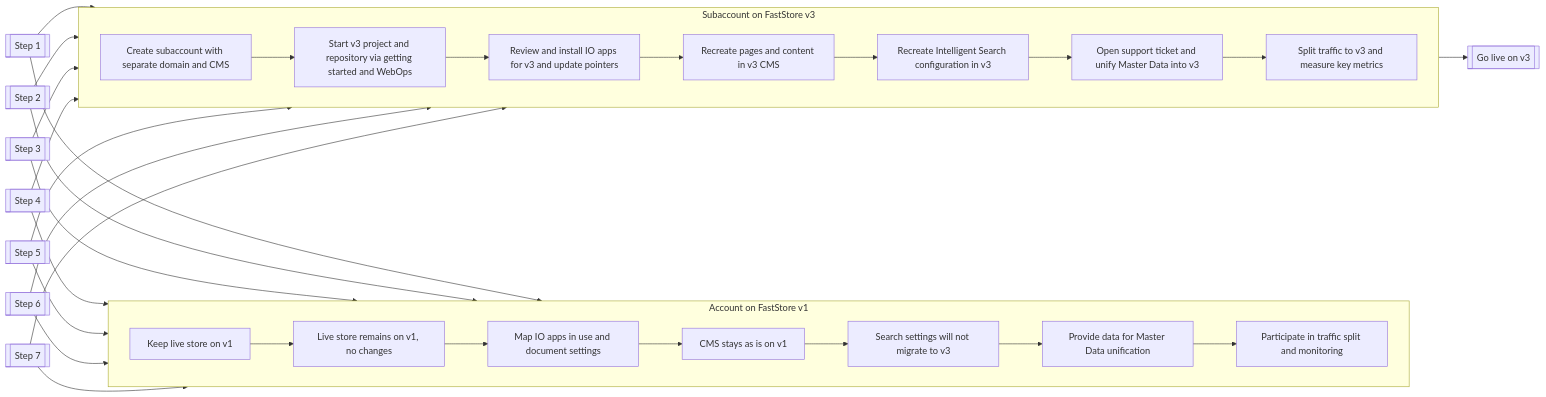
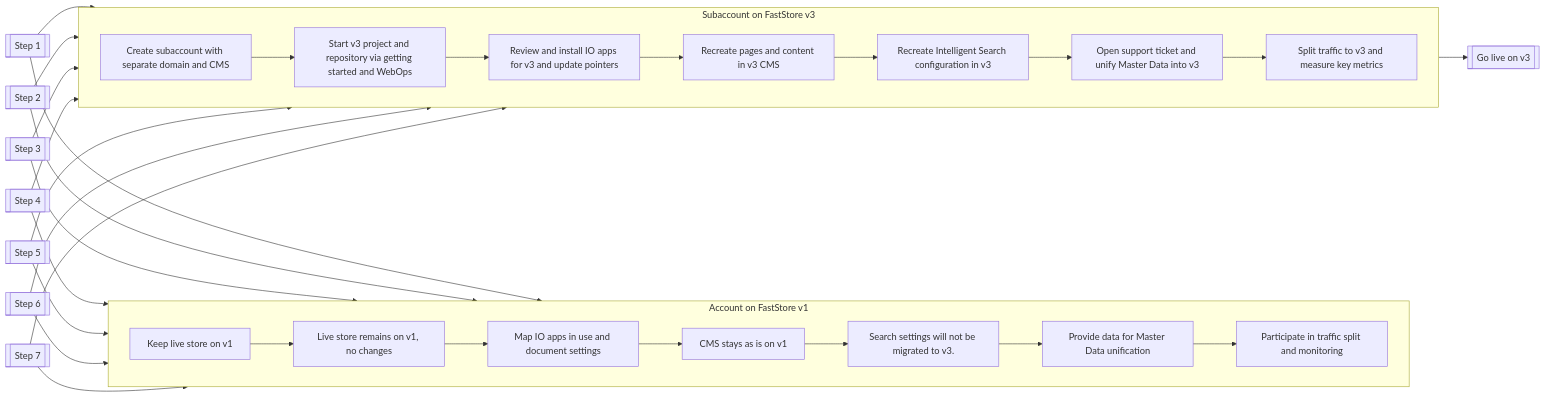
One commit to vtexdocs/dev-portal-content changed the diagram in docs/faststore/docs/getting-started/faststore-v1-to-v3.mdx. Above: the diagram before and after it, drawn with Mermaid.

Commit message:
Apply suggestion from @github-actions[bot]

````diff
--- a/docs/faststore/docs/getting-started/faststore-v1-to-v3.mdx
+++ b/docs/faststore/docs/getting-started/faststore-v1-to-v3.mdx
@@ -16,48 +16,48 @@
 ```mermaid
 flowchart LR
 
 step1[[Step 1]]
 step2[[Step 2]]
 step3[[Step 3]]
 step4[[Step 4]]
 step5[[Step 5]]
 step6[[Step 6]]
 step7[[Step 7]]
 done[[Go live on v3]]
 
 subgraph L1[Account on FastStore v1]
 direction LR
 v1_s1[Keep live store on v1] --> v1_s2[Live store remains on v1, no changes]
 v1_s2 --> v1_s3[Map IO apps in use and document settings]
 v1_s3 --> v1_s4[CMS stays as is on v1]
-v1_s4 --> v1_s5[Search settings will not migrate to v3]
+v1_s4 --> v1_s5[Search settings will not be migrated to v3.]
 v1_s5 --> v1_s6[Provide data for Master Data unification]
 v1_s6 --> v1_s7[Participate in traffic split and monitoring]
 end
 
 subgraph L2[Subaccount on FastStore v3]
 direction LR 
 v3_s1[Create subaccount with separate domain and CMS] --> v3_s2[Start v3 project and repository via getting started and WebOps]
 v3_s2 --> v3_s3[Review and install IO apps for v3 and update pointers]
 v3_s3 --> v3_s4[Recreate pages and content in v3 CMS]
 v3_s4 --> v3_s5[Recreate Intelligent Search configuration in v3]
 v3_s5 --> v3_s6[Open support ticket and unify Master Data into v3]
 v3_s6 --> v3_s7[Split traffic to v3 and measure key metrics]
 end
 
 step1 --> v1_s1
 step1 --> v3_s1
 step2 --> v1_s2
 step2 --> v3_s2
 step3 --> v1_s3
 step3 --> v3_s3
 step4 --> v1_s4
 step4 --> v3_s4
 step5 --> v1_s5
 step5 --> v3_s5
 step6 --> v1_s6
 step6 --> v3_s6
 step7 --> v1_s7
 step7 --> v3_s7
 v3_s7 --> done
 ```
````
